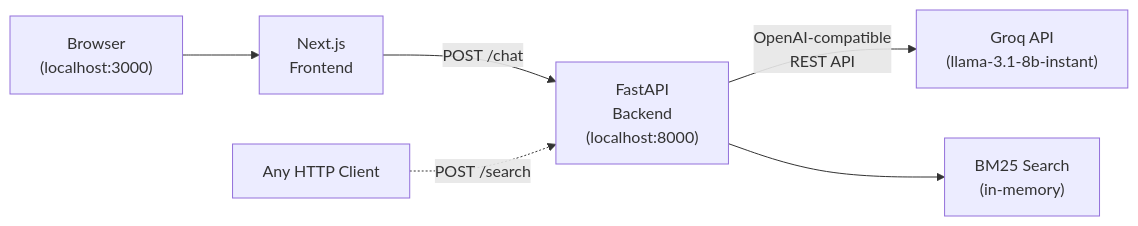
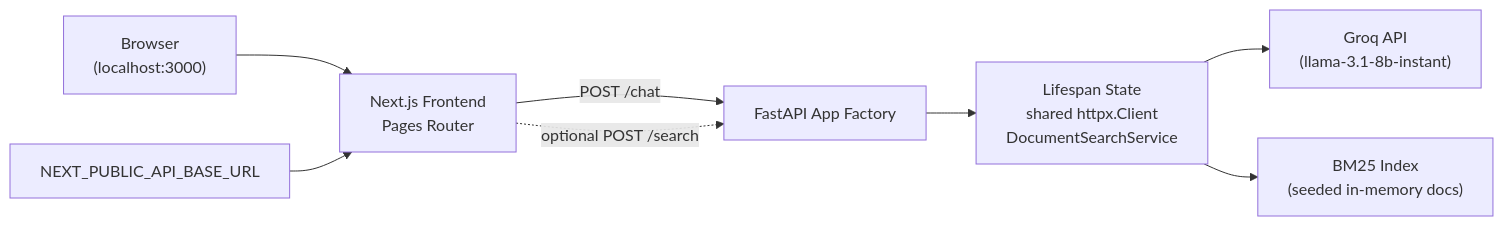
One commit to levandzodzuashvili/JarvisPyth changed the diagram in docs/architecture.md. Above: the diagram before and after it, drawn with Mermaid. The commit also changed other lines of this file and 37 other files, not shown here.

````diff
--- a/docs/architecture.md
+++ b/docs/architecture.md
@@ -9,15 +7,18 @@
 ```mermaid
 graph LR
     User["Browser<br/>(localhost:3000)"]
-    Frontend["Next.js<br/>Frontend"]
-    Backend["FastAPI<br/>Backend<br/>(localhost:8000)"]
+    Frontend["Next.js Frontend<br/>Pages Router"]
+    Config["NEXT_PUBLIC_API_BASE_URL"]
+    Backend["FastAPI App Factory"]
+    Lifespan["Lifespan State<br/>shared httpx.Client<br/>DocumentSearchService"]
     Groq["Groq API<br/>(llama-3.1-8b-instant)"]
-    BM25["BM25 Search<br/>(in-memory)"]
-    Client["Any HTTP Client"]
+    Search["BM25 Index<br/>(seeded in-memory docs)"]
 
     User --> Frontend
+    Config --> Frontend
     Frontend -->|"POST /chat"| Backend
-    Client -.->|"POST /search"| Backend
-    Backend -->|"OpenAI-compatible<br/>REST API"| Groq
-    Backend --> BM25
+    Frontend -.->|"optional POST /search"| Backend
+    Backend --> Lifespan
+    Lifespan --> Groq
+    Lifespan --> Search
 ```
````
